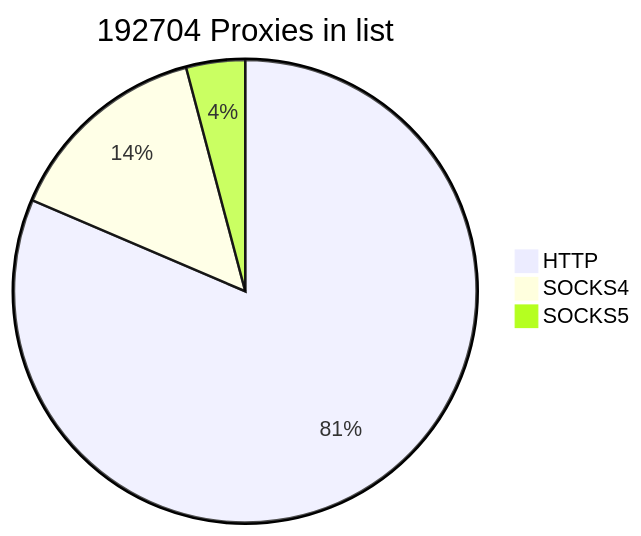
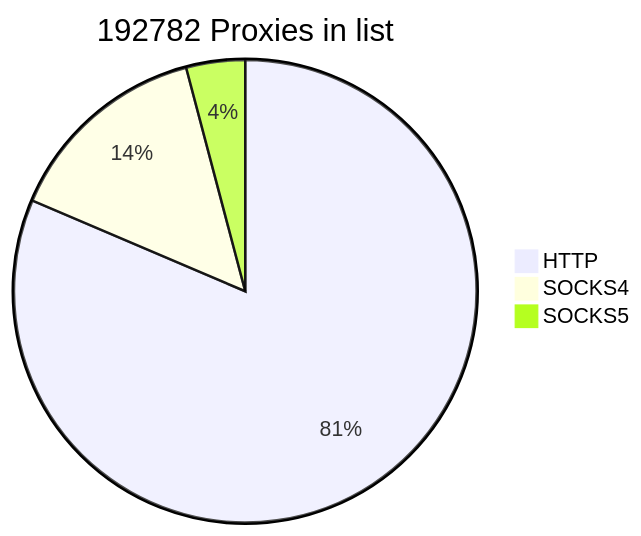
One commit to cutipu/proxylist changed the first of 2 diagrams in README.md. Above: the diagram before and after it, drawn with Mermaid. The commit also changed other lines of this file, not shown here.

````diff
--- a/README.md
+++ b/README.md
@@ -2,7 +2,7 @@
 ```mermaid
-pie title 192704 Proxies in list
-    "HTTP" : 156911
-    "SOCKS4" : 27863
-    "SOCKS5" : 7930
+pie title 192782 Proxies in list
+    "HTTP" : 156947
+    "SOCKS4" : 27904
+    "SOCKS5" : 7931
             
 ```
````
